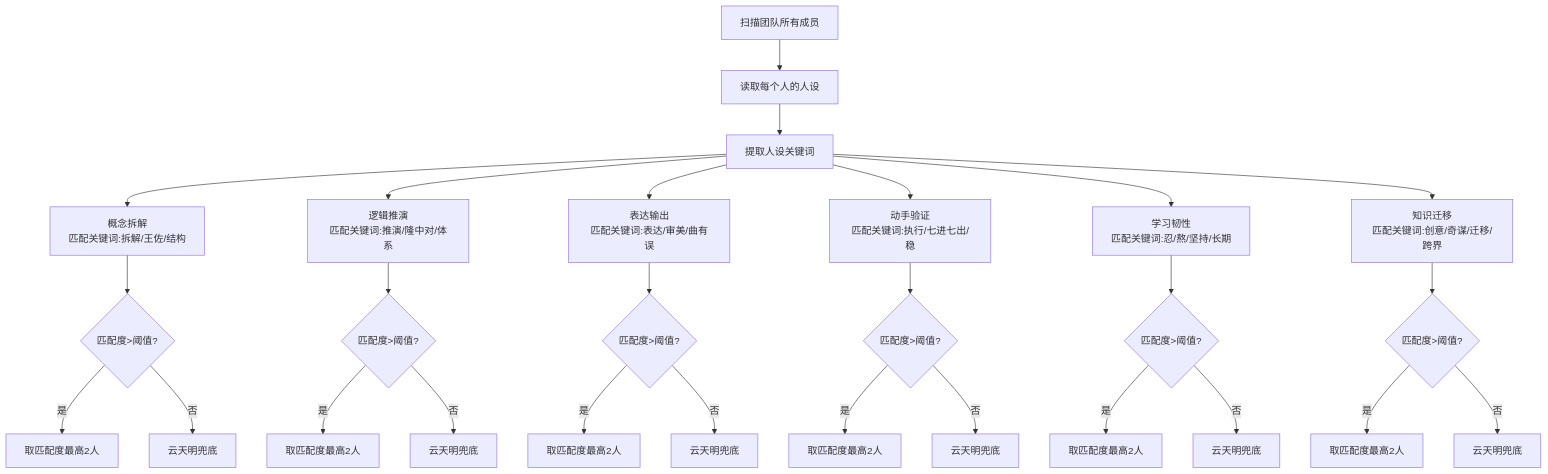
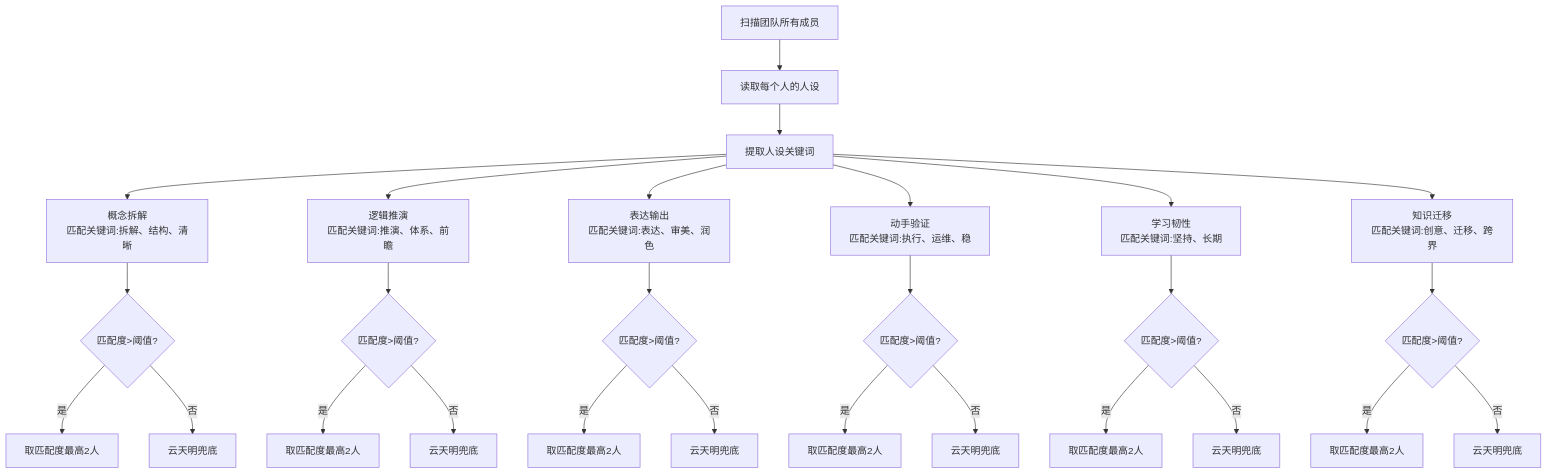
The third of 9 diagrams in plugins/plugins_云开天自明.md (xuyunxuyun/SuperTeam), drawn with Mermaid before and after one commit. The commit also changed other lines of this file and 27 other files, not shown here.

````diff
--- a/plugins/plugins_云开天自明.md
+++ b/plugins/plugins_云开天自明.md
@@ -133,37 +146,37 @@
 ```mermaid
 flowchart TB
     A[扫描团队所有成员] --> B[读取每个人的人设]
     B --> C[提取人设关键词]
     
-    C --> D1[概念拆解<br/>匹配关键词:拆解/王佐/结构]
-    C --> D2[逻辑推演<br/>匹配关键词:推演/隆中对/体系]
-    C --> D3[表达输出<br/>匹配关键词:表达/审美/曲有误]
-    C --> D4[动手验证<br/>匹配关键词:执行/七进七出/稳]
-    C --> D5[学习韧性<br/>匹配关键词:忍/熬/坚持/长期]
-    C --> D6[知识迁移<br/>匹配关键词:创意/奇谋/迁移/跨界]
+    C --> D1[概念拆解<br/>匹配关键词:拆解、结构、清晰]
+    C --> D2[逻辑推演<br/>匹配关键词:推演、体系、前瞻]
+    C --> D3[表达输出<br/>匹配关键词:表达、审美、润色]
+    C --> D4[动手验证<br/>匹配关键词:执行、运维、稳]
+    C --> D5[学习韧性<br/>匹配关键词:坚持、长期]
+    C --> D6[知识迁移<br/>匹配关键词:创意、迁移、跨界]
     
     D1 --> E1{匹配度>阈值?}
     D2 --> E2{匹配度>阈值?}
     D3 --> E3{匹配度>阈值?}
     D4 --> E4{匹配度>阈值?}
     D5 --> E5{匹配度>阈值?}
     D6 --> E6{匹配度>阈值?}
     
     E1 -->|是| F1[取匹配度最高2人]
     E1 -->|否| G1[云天明兜底]
     
     E2 -->|是| F2[取匹配度最高2人]
     E2 -->|否| G2[云天明兜底]
     
     E3 -->|是| F3[取匹配度最高2人]
     E3 -->|否| G3[云天明兜底]
     
     E4 -->|是| F4[取匹配度最高2人]
     E4 -->|否| G4[云天明兜底]
     
     E5 -->|是| F5[取匹配度最高2人]
     E5 -->|否| G5[云天明兜底]
     
     E6 -->|是| F6[取匹配度最高2人]
     E6 -->|否| G6[云天明兜底]
 ```
````
